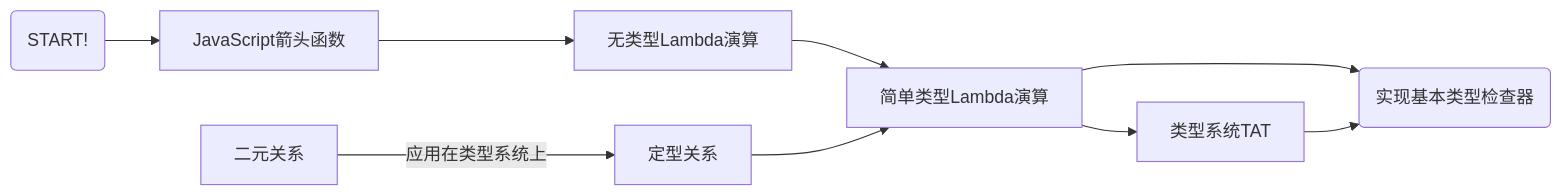
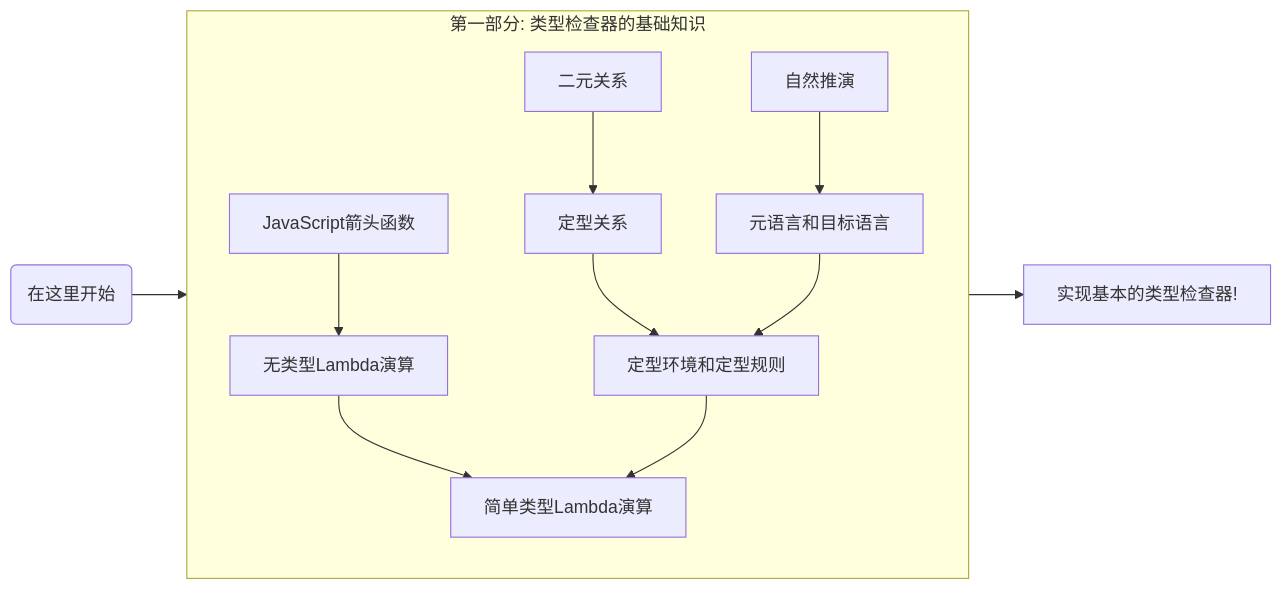
The first of 4 diagrams in slides/slides.md (suica/write-you-a-typescript), drawn with Mermaid before and after one commit. The commit also changed other lines of this file, not shown here.

Commit message:
feat(section 2): split the full road map into two pages

````diff
--- a/slides/slides.md
+++ b/slides/slides.md
@@ -443,15 +443,16 @@
-```mermaid {scale: 0.7, class: 'w-full overflow-auto'}
-graph LR
+```mermaid {scale: 0.9}
+flowchart LR
+  subgraph Basics[第一部分: 类型检查器的基础知识]
+    direction TB
+    ArrowFunction[JavaScript箭头函数] --> UTLC[无类型Lambda演算]
+    UTLC --> STLC
+    BinaryRelation[二元关系] --> TypingRelation[定型关系]
+    TypingRelation --> TypingContext[定型环境和定型规则]
+    TypingContext --> STLC[简单类型Lambda演算]
+    NaturalDeduction[自然推演] --> MetaLanguage
+    MetaLanguage[元语言和目标语言] --> TypingContext
+  end
 
-StartHere(START!) --> ArrowFunction
-ArrowFunction[JavaScript箭头函数] --> UTLC[无类型Lambda演算]
-UTLC --> STLC
+  Start(在这里开始) --> Basics --> SubGoal[实现基本的类型检查器!]
 
-BinaryRelation[二元关系] -->|应用在类型系统上| TypingRelation[定型关系]
-TypingRelation --> STLC[简单类型Lambda演算]
-STLC --> FinalGoal
-STLC --> TAT
-TAT[类型系统TAT] --> FinalGoal
-
-FinalGoal(实现基本类型检查器)
 ```
````
